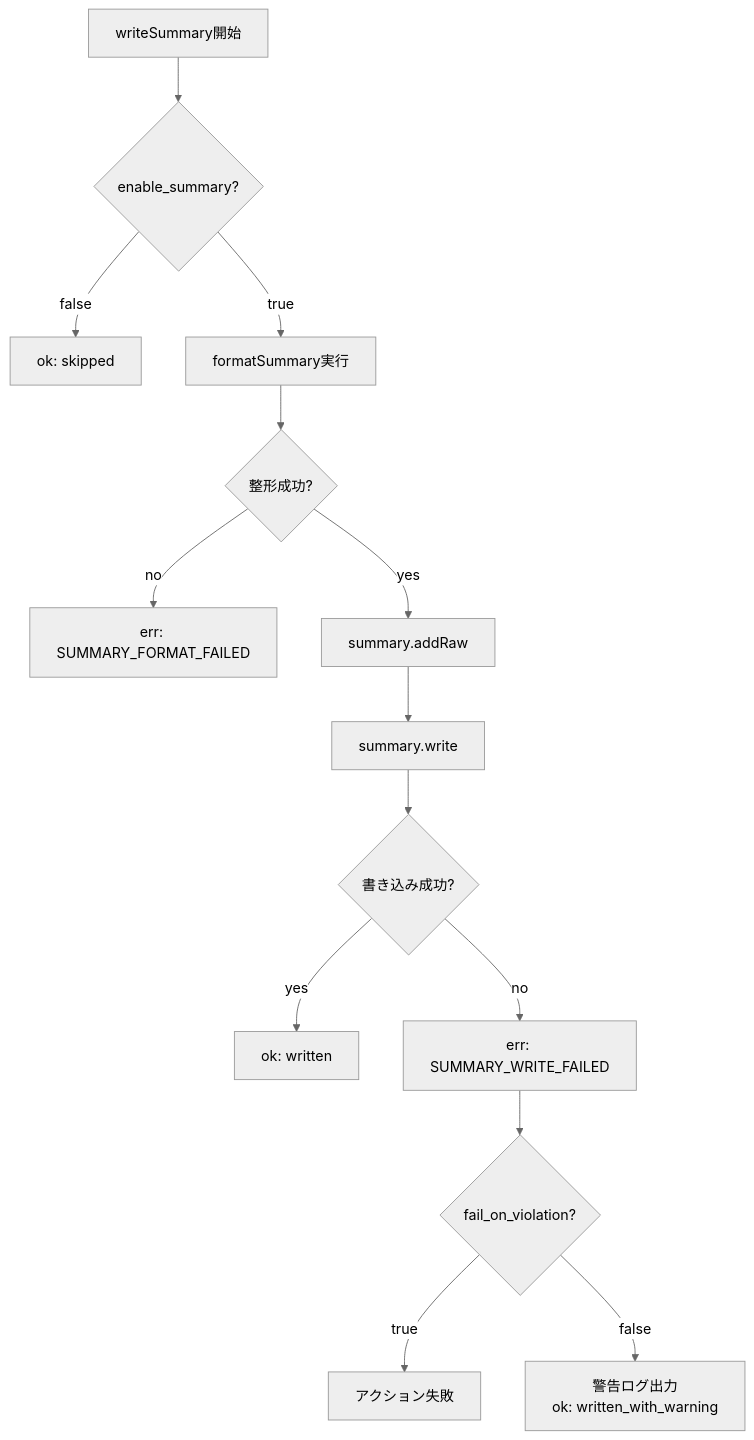
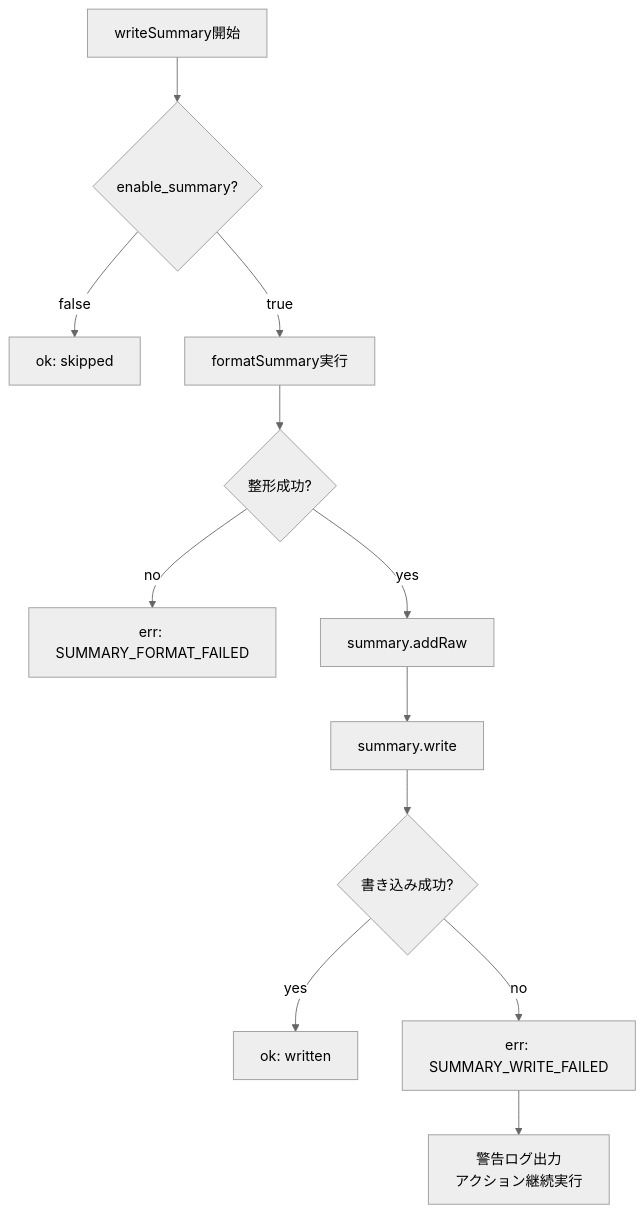
The fourth of 5 diagrams in .kiro/specs/actions-summary-output/design.md (jey3dayo/pr-labeler), drawn with Mermaid (neutral theme) before and after one commit. The commit also changed other lines of this file and 2 other files, not shown here.

````diff
--- a/.kiro/specs/actions-summary-output/design.md
+++ b/.kiro/specs/actions-summary-output/design.md
@@ -499,16 +502,14 @@
 ```mermaid
 flowchart TD
     A[writeSummary開始] --> B{enable_summary?}
     B -->|false| C[ok: skipped]
     B -->|true| D[formatSummary実行]
     D --> E{整形成功?}
     E -->|no| F[err: SUMMARY_FORMAT_FAILED]
     E -->|yes| G[summary.addRaw]
     G --> H[summary.write]
     H --> I{書き込み成功?}
     I -->|yes| J[ok: written]
     I -->|no| K[err: SUMMARY_WRITE_FAILED]
-    K --> L{fail_on_violation?}
-    L -->|true| M[アクション失敗]
-    L -->|false| N[警告ログ出力<br/>ok: written_with_warning]
+    K --> L[警告ログ出力<br/>アクション継続実行]
 ```
````
